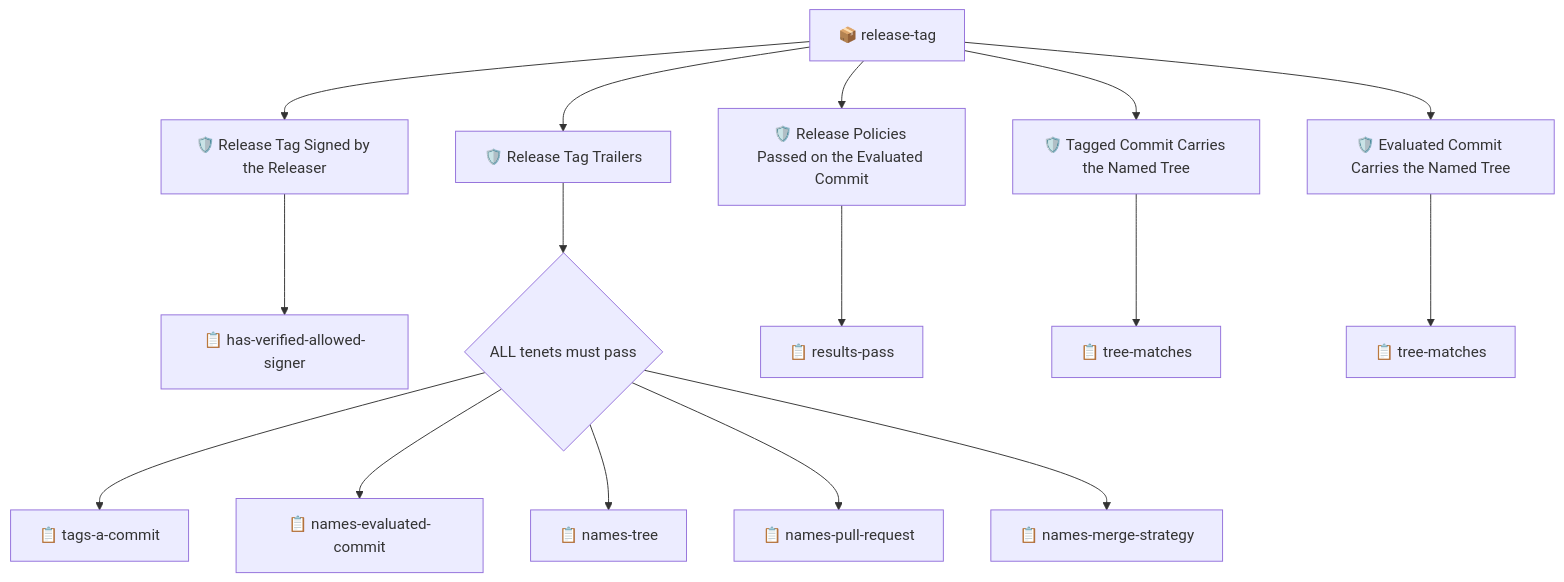
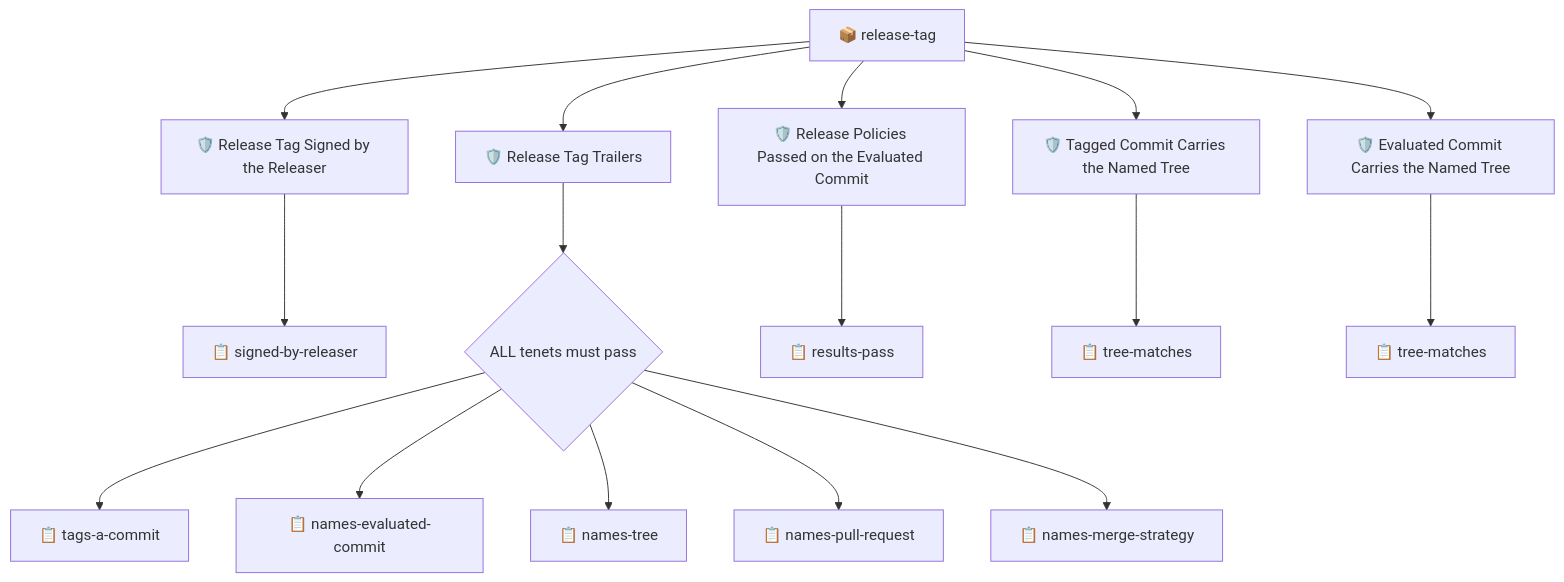
The diagram in sets/release/release-tag.md (carabiner-dev/policies), drawn with Mermaid before and after one commit. The commit also changed other lines of this file and 1 other file, not shown here.

````diff
--- a/sets/release/release-tag.md
+++ b/sets/release/release-tag.md
@@ -41,19 +41,19 @@
 ```mermaid
 flowchart TD
     S["📦 release-tag"]
     S --> P0["🛡️ Release Tag Signed by the Releaser"]
-    P0 --> P0_T0["📋 has-verified-allowed-signer"]
+    P0 --> P0_T0["📋 signed-by-releaser"]
     S --> P1["🛡️ Release Tag Trailers"]
     P1 --> P1_M{"ALL tenets must pass"}
     P1_M --> P1_T0["📋 tags-a-commit"]
     P1_M --> P1_T1["📋 names-evaluated-commit"]
     P1_M --> P1_T2["📋 names-tree"]
     P1_M --> P1_T3["📋 names-pull-request"]
     P1_M --> P1_T4["📋 names-merge-strategy"]
     S --> P2["🛡️ Release Policies Passed on the Evaluated Commit"]
     P2 --> P2_T0["📋 results-pass"]
     S --> P3["🛡️ Tagged Commit Carries the Named Tree"]
     P3 --> P3_T0["📋 tree-matches"]
     S --> P4["🛡️ Evaluated Commit Carries the Named Tree"]
     P4 --> P4_T0["📋 tree-matches"]
 ```
````
